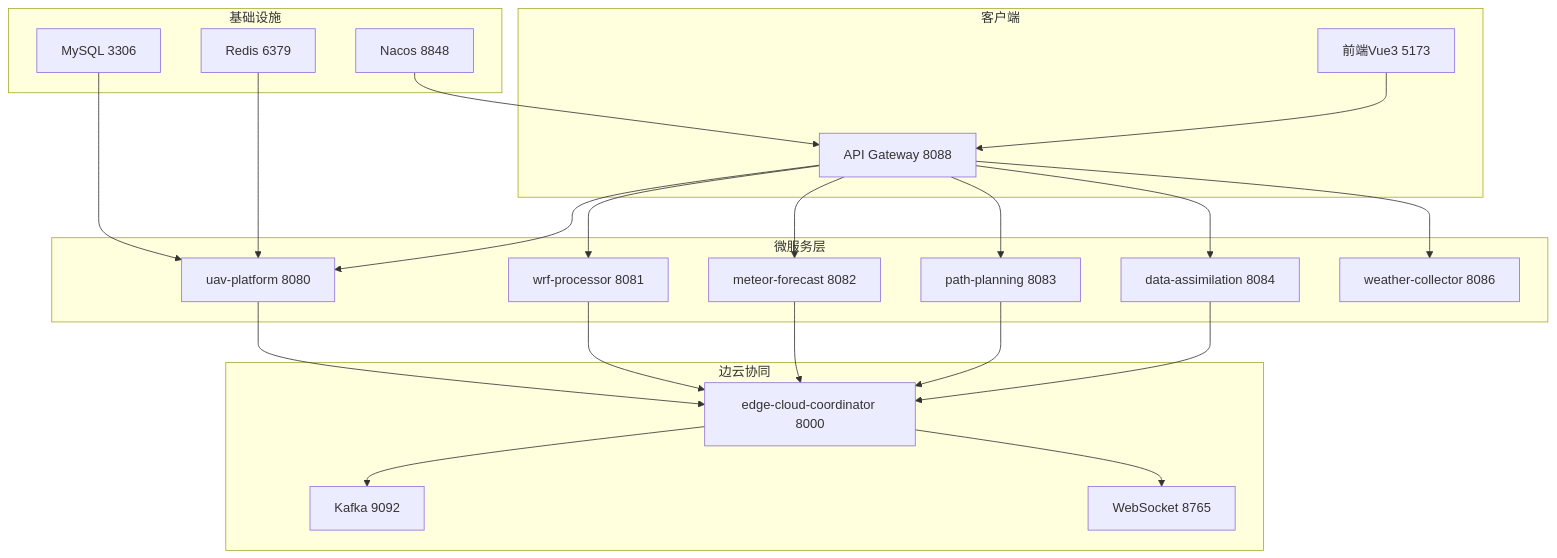
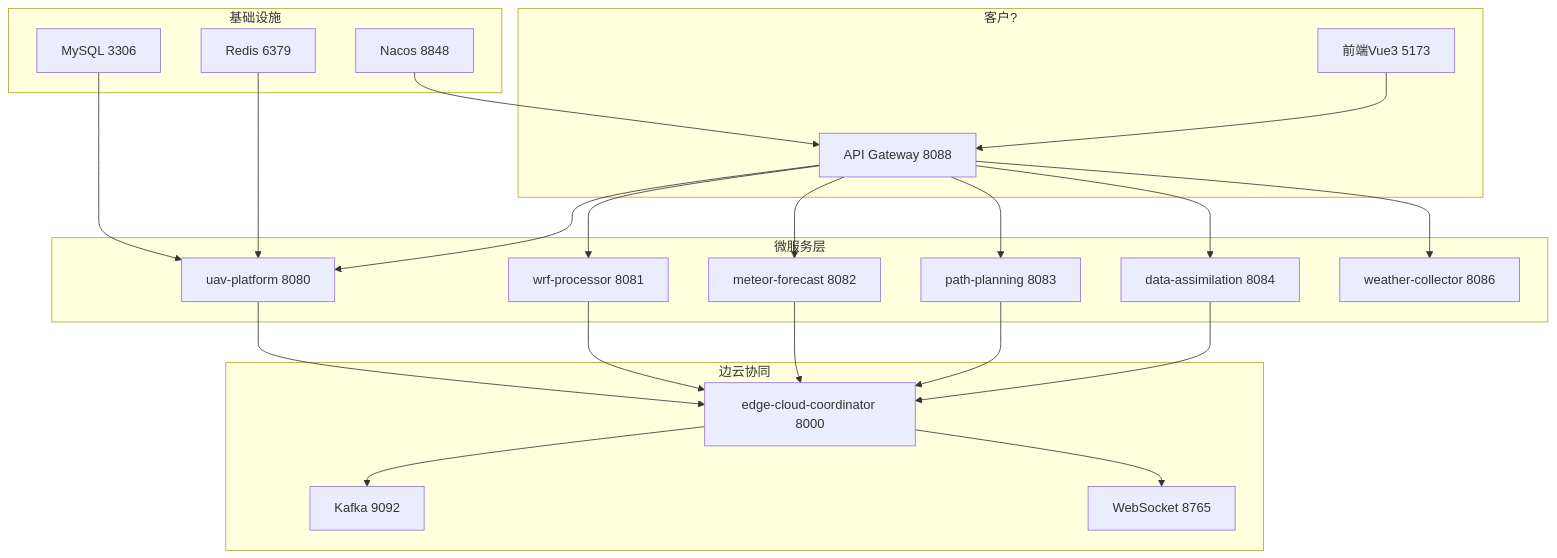
The diagram in docs/deployment/DEPLOY_GUIDE.md (602420232-dotcom/weather), drawn with Mermaid before and after one commit. The commit also changed other lines of this file and 407 other files, not shown here.

````diff
--- a/docs/deployment/DEPLOY_GUIDE.md
+++ b/docs/deployment/DEPLOY_GUIDE.md
@@ -18,28 +18,28 @@
 ```mermaid
 graph TB
-    subgraph 客户端
+    subgraph 客户?
         A[前端Vue3 5173] --> B[API Gateway 8088]
     end
     subgraph 微服务层
         B --> C[uav-platform 8080]
         B --> D[wrf-processor 8081]
         B --> E[meteor-forecast 8082]
         B --> F[path-planning 8083]
         B --> G[data-assimilation 8084]
         B --> H[weather-collector 8086]
     end
     subgraph 边云协同
         I[edge-cloud-coordinator 8000] --> J[Kafka 9092]
         I --> K[WebSocket 8765]
     end
     subgraph 基础设施
         L[MySQL 3306] --> C
         M[Redis 6379] --> C
         N[Nacos 8848] --> B
     end
     C --> I
     D --> I
     E --> I
     F --> I
     G --> I
 ```
````
